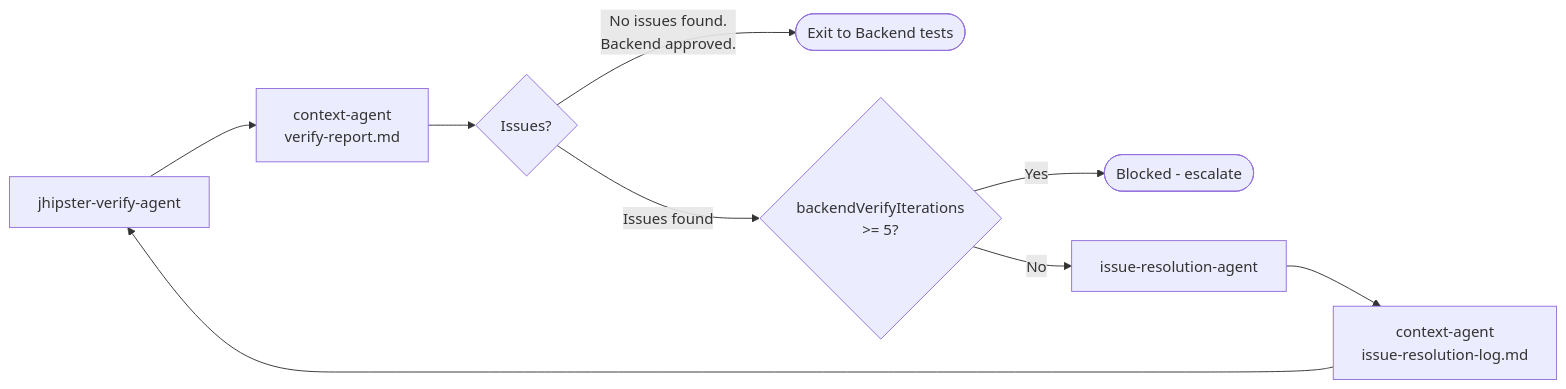
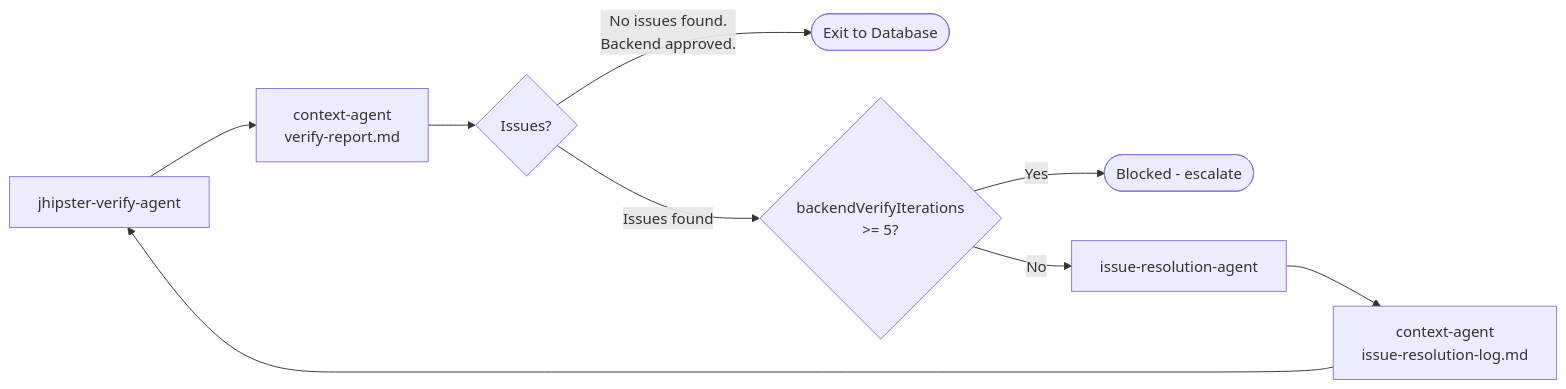
One commit to priyam-qo-box/agents changed the fifth of 13 diagrams in .cursor/agents/ARCHITECTURE.md. Above: the diagram before and after it, drawn with Mermaid. The commit also changed other lines of this file and 11 other files, not shown here.

First line of the commit message:
Add architecture and database agents to enhance system design and integrity

````diff
--- a/.cursor/agents/ARCHITECTURE.md
+++ b/.cursor/agents/ARCHITECTURE.md
@@ -190,11 +251,11 @@
 ```mermaid
 flowchart LR
     A[jhipster-verify-agent] --> B["context-agent<br/>verify-report.md"]
     B --> C{Issues?}
-    C -->|"No issues found.<br/>Backend approved."| Exit([Exit to Backend tests])
+    C -->|"No issues found.<br/>Backend approved."| Exit([Exit to Database])
     C -->|Issues found| D{backendVerifyIterations<br/>>= 5?}
     D -->|Yes| Stop([Blocked - escalate])
     D -->|No| E[issue-resolution-agent]
     E --> F["context-agent<br/>issue-resolution-log.md"]
     F --> A
 ```
````
